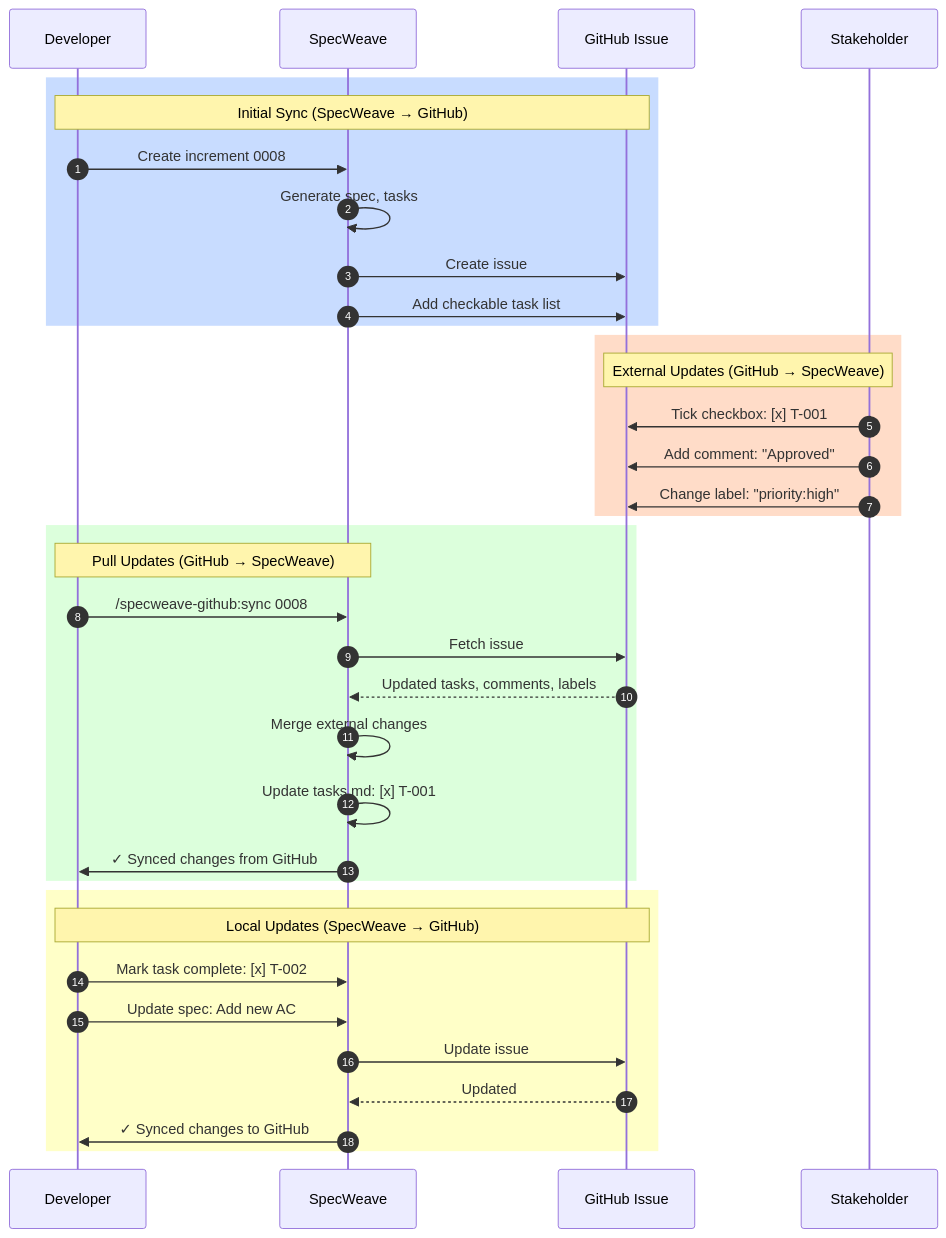
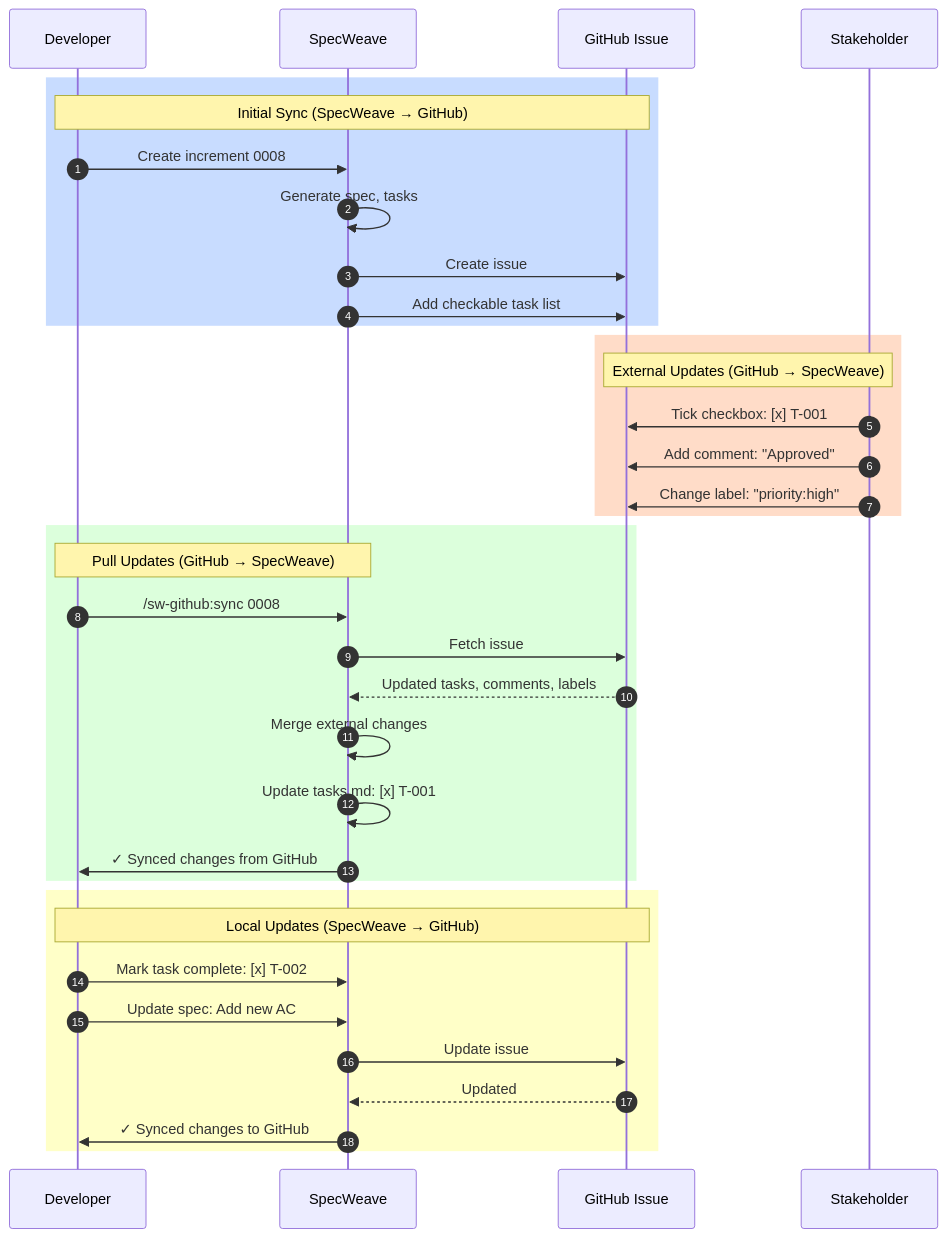
The tenth of 10 diagrams in docs-site/docs/guides/multi-project-sync-architecture.md (anton-abyzov/specweave), drawn with Mermaid before and after one commit. The commit also changed other lines of this file and 116 other files, not shown here.

Commit message:
fix: polish docs after overhaul — fix broken sidebar refs, add diagrams, clean glossary

````diff
--- a/docs-site/docs/guides/multi-project-sync-architecture.md
+++ b/docs-site/docs/guides/multi-project-sync-architecture.md
@@ -993,43 +993,43 @@
 ```mermaid
 sequenceDiagram
     autonumber
 
     participant Dev as Developer
     participant SW as SpecWeave
     participant GH as GitHub Issue
     participant Team as Stakeholder
 
     rect rgb(200, 220, 255)
         Note over Dev,GH: Initial Sync (SpecWeave → GitHub)
         Dev->>SW: Create increment 0008
         SW->>SW: Generate spec, tasks
         SW->>GH: Create issue #42
         SW->>GH: Add checkable task list
     end
 
     rect rgb(255, 220, 200)
         Note over Team,GH: External Updates (GitHub → SpecWeave)
         Team->>GH: Tick checkbox: [x] T-001
         Team->>GH: Add comment: "Approved"
         Team->>GH: Change label: "priority:high"
     end
 
     rect rgb(220, 255, 220)
         Note over Dev,SW: Pull Updates (GitHub → SpecWeave)
-        Dev->>SW: /specweave-github:sync 0008
+        Dev->>SW: /sw-github:sync 0008
         SW->>GH: Fetch issue #42
         GH-->>SW: Updated tasks, comments, labels
         SW->>SW: Merge external changes
         SW->>SW: Update tasks.md: [x] T-001
         SW->>Dev: ✓ Synced changes from GitHub
     end
 
     rect rgb(255, 255, 200)
         Note over Dev,GH: Local Updates (SpecWeave → GitHub)
         Dev->>SW: Mark task complete: [x] T-002
         Dev->>SW: Update spec: Add new AC
         SW->>GH: Update issue #42
         GH-->>SW: Updated
         SW->>Dev: ✓ Synced changes to GitHub
     end
 ```
````
